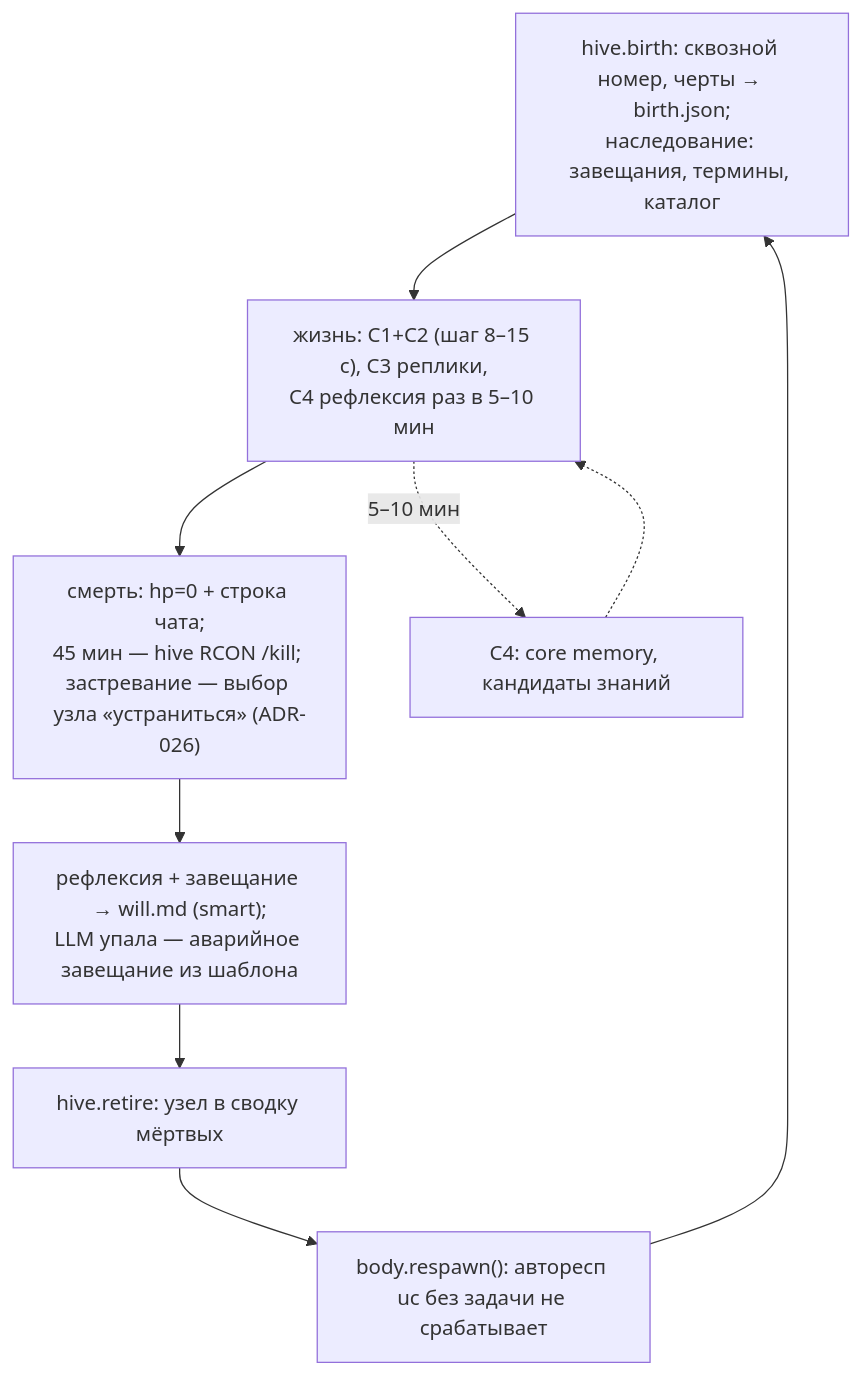
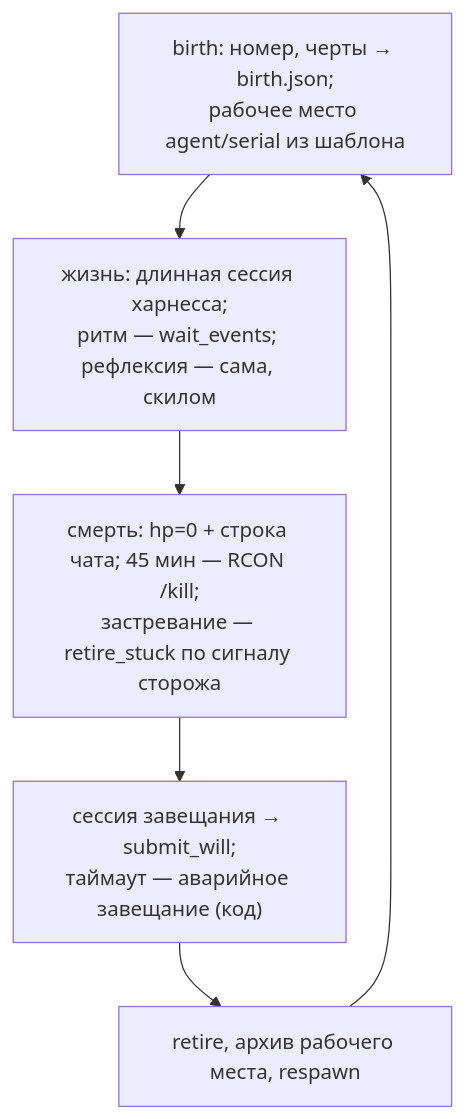
One commit to ZeusThunderer/lastorder changed the second of 2 diagrams in docs/architecture/NETWORK.md. Above: the diagram before and after it, drawn with Mermaid. The commit also changed other lines of this file and 24 other files, not shown here.

First line of the commit message:
docs: agent-in-harness architecture — ADR-032..037, NETWORK.md v2, new tasks T-024..T-032

````diff
--- a/docs/architecture/NETWORK.md
+++ b/docs/architecture/NETWORK.md
@@ -212,11 +139,9 @@
 ```mermaid
 flowchart TB
-    B["hive.birth: сквозной номер, черты → birth.json;<br/>наследование: завещания, термины, каталог"]
-    L["жизнь: C1+C2 (шаг 8–15 с), C3 реплики,<br/>C4 рефлексия раз в 5–10 мин"]
-    D["смерть: hp=0 + строка чата;<br/>45 мин — hive RCON /kill; застревание — выбор узла «устраниться» (ADR-026)"]
-    W["рефлексия + завещание → will.md (smart);<br/>LLM упала — аварийное завещание из шаблона"]
-    R["hive.retire: узел в сводку мёртвых"]
-    P["body.respawn(): авторесп uc без задачи не срабатывает"]
-    B --> L --> D --> W --> R --> P --> B
-    L -.->|"5–10 мин"| F["C4: core memory, кандидаты знаний"] -.-> L
+    B["birth: номер, черты → birth.json;<br/>рабочее место agent/serial из шаблона"]
+    L["жизнь: длинная сессия харнесса;<br/>ритм — wait_events; рефлексия — сама, скилом"]
+    D["смерть: hp=0 + строка чата; 45 мин — RCON /kill;<br/>застревание — retire_stuck по сигналу сторожа"]
+    W["сессия завещания → submit_will;<br/>таймаут — аварийное завещание (код)"]
+    R["retire, архив рабочего места, respawn"]
+    B --> L --> D --> W --> R --> B
 ```
````
